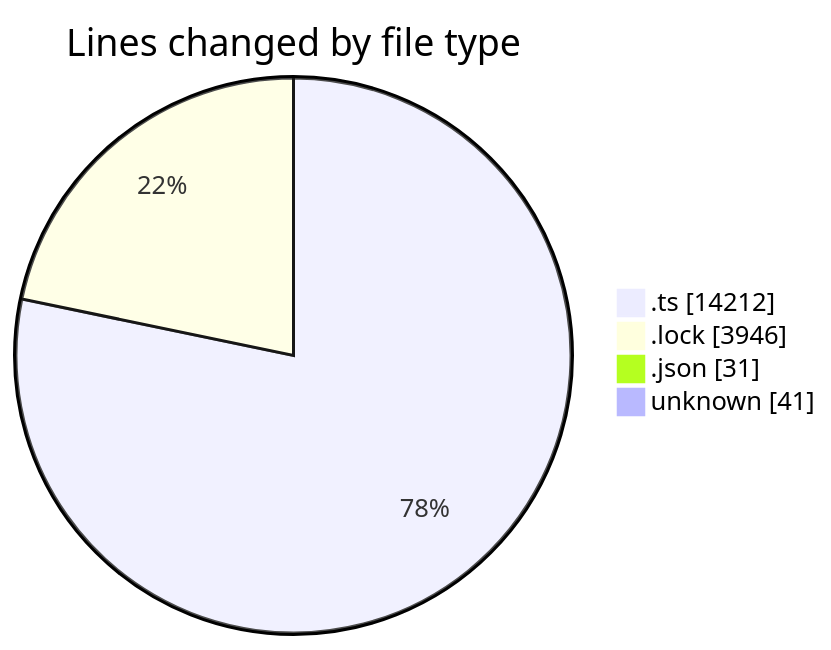
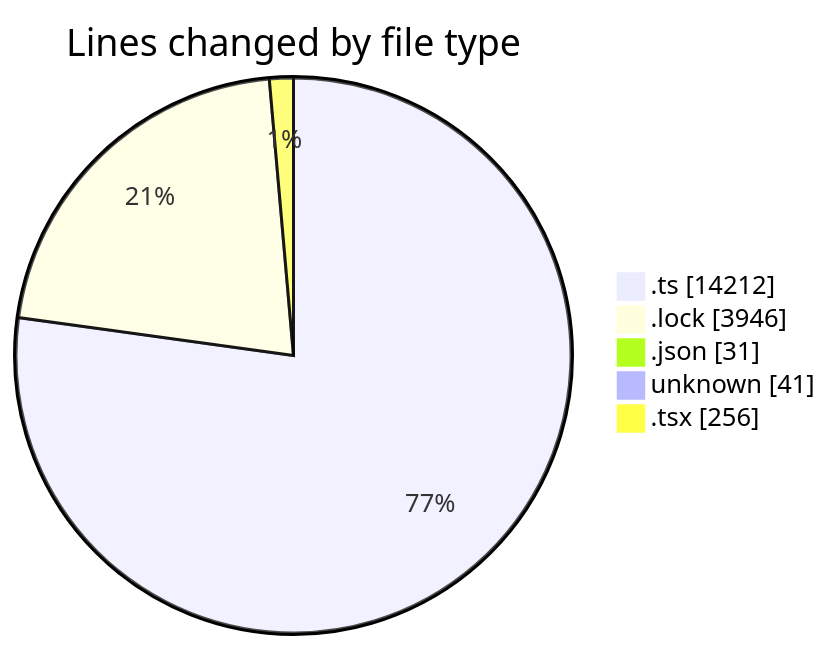
The first of 2 diagrams in 2025-08-19/cda/README.md (momahboobian/code-tracking), drawn with Mermaid before and after one commit. The commit also changed other lines of this file and 1 other file, not shown here.

````diff
--- a/2025-08-19/cda/README.md
+++ b/2025-08-19/cda/README.md
@@ -30,8 +32,9 @@
 ```mermaid
 pie showData
 title Lines changed by file type
 ".ts" : 14212
 ".lock" : 3946
 ".json" : 31
 "unknown" : 41
+".tsx" : 256
 ```
````
